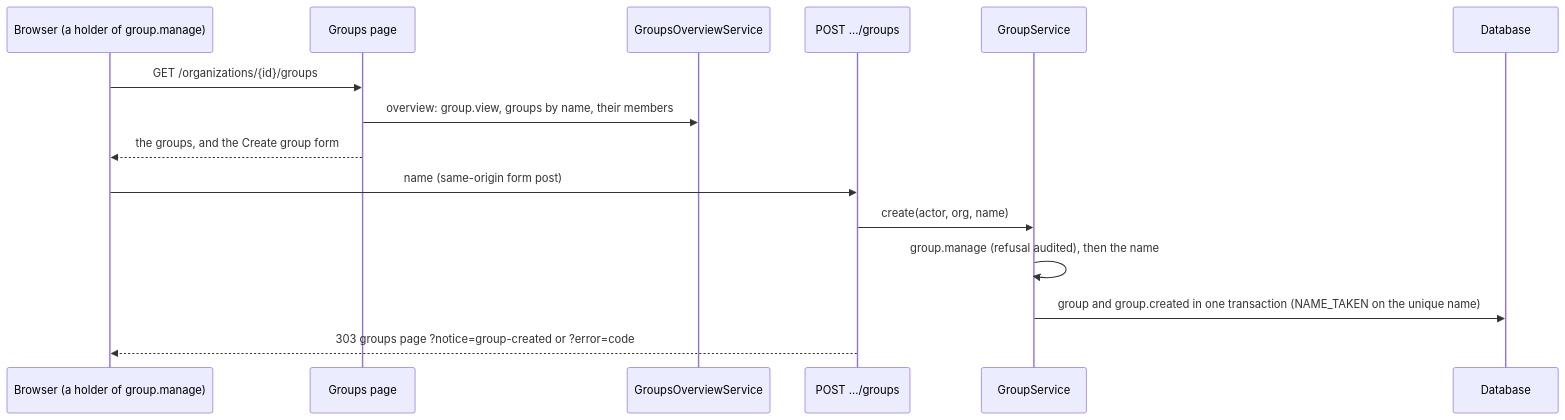
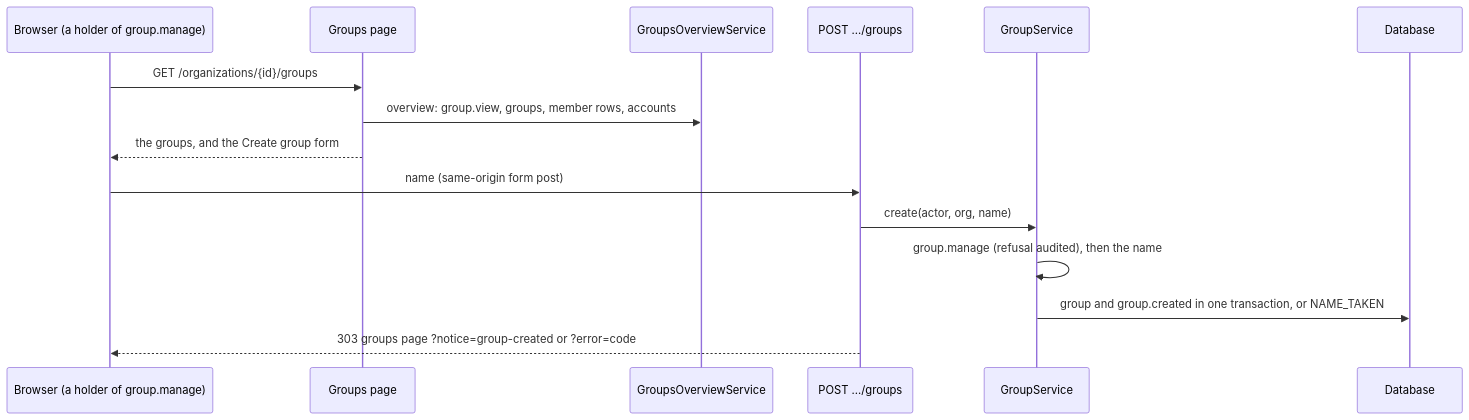
One commit to TakeTouhu/Real-Estate-Listing-Concept-Video changed the diagram in docs/api-changes-at-9a.md. Above: the diagram before and after it, drawn with Mermaid. The commit also changed other lines of this file and 22 other files, not shown here.

````diff
--- a/docs/api-changes-at-9a.md
+++ b/docs/api-changes-at-9a.md
@@ -56,17 +58,17 @@
 ```mermaid
 sequenceDiagram
     participant B as Browser (a holder of group.manage)
     participant P as Groups page
     participant O as GroupsOverviewService
     participant R as POST .../groups
     participant S as GroupService
     participant D as Database
     B->>P: GET /organizations/{id}/groups
-    P->>O: overview: group.view, groups by name, their members
+    P->>O: overview: group.view, groups, member rows, accounts
     P-->>B: the groups, and the Create group form
     B->>R: name (same-origin form post)
     R->>S: create(actor, org, name)
     S->>S: group.manage (refusal audited), then the name
-    S->>D: group and group.created in one transaction (NAME_TAKEN on the unique name)
+    S->>D: group and group.created in one transaction, or NAME_TAKEN
     R-->>B: 303 groups page ?notice=group-created or ?error=code
 ```
````
